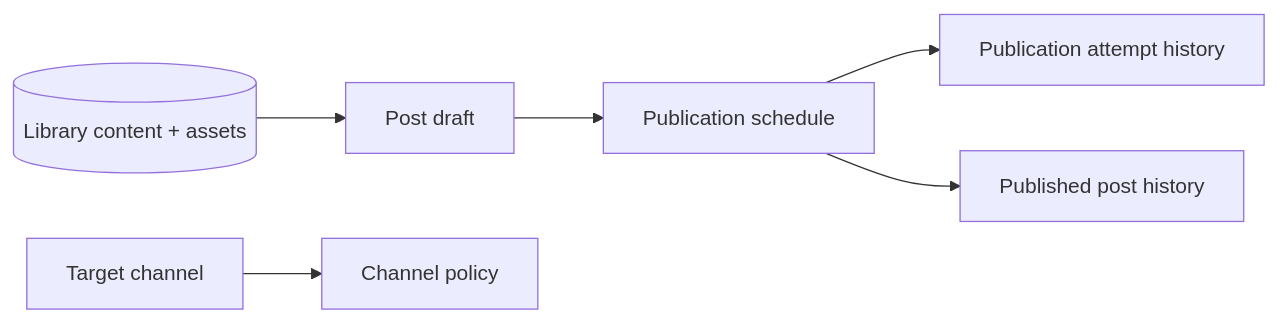
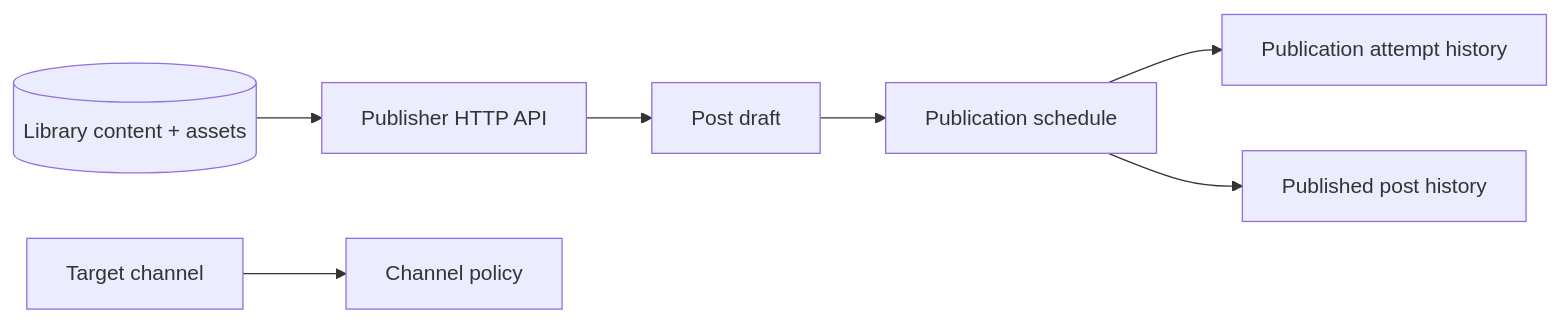
One commit to godlikedh/sooqa changed the second of 2 diagrams in docs/architecture.md. Above: the diagram before and after it, drawn with Mermaid. The commit also changed other lines of this file and 14 other files, not shown here.

Commit message:
feat: expose authenticated publisher draft API

````diff
--- a/docs/architecture.md
+++ b/docs/architecture.md
@@ -129,8 +130,9 @@
 ```mermaid
 flowchart LR
-    CONTENT[(Library content + assets)] --> DRAFT[Post draft]
+    CONTENT[(Library content + assets)] --> API[Publisher HTTP API]
+    API --> DRAFT[Post draft]
     CHANNEL[Target channel] --> POLICY[Channel policy]
     DRAFT --> SCHEDULE[Publication schedule]
     SCHEDULE --> ATTEMPT[Publication attempt history]
     SCHEDULE --> POST[Published post history]
 ```
````
